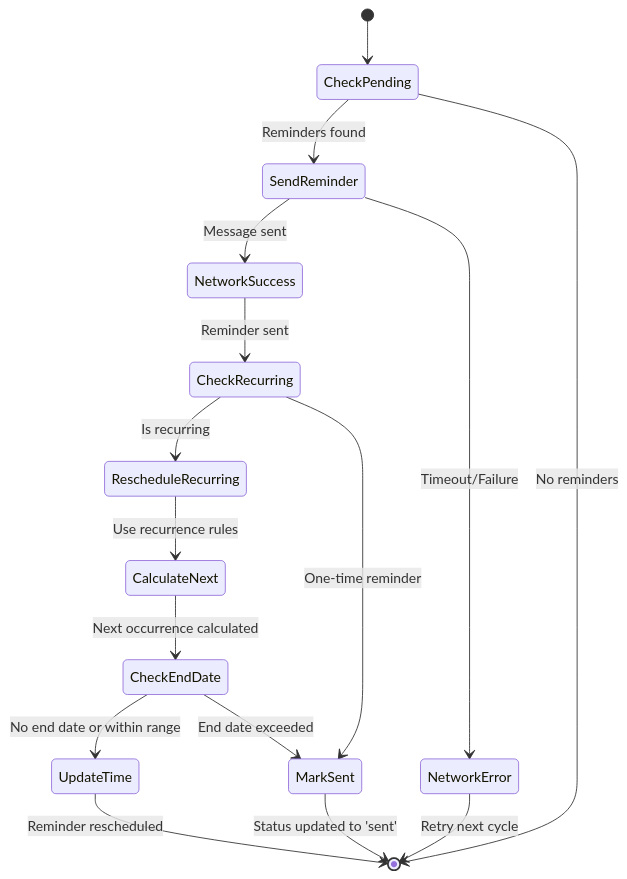
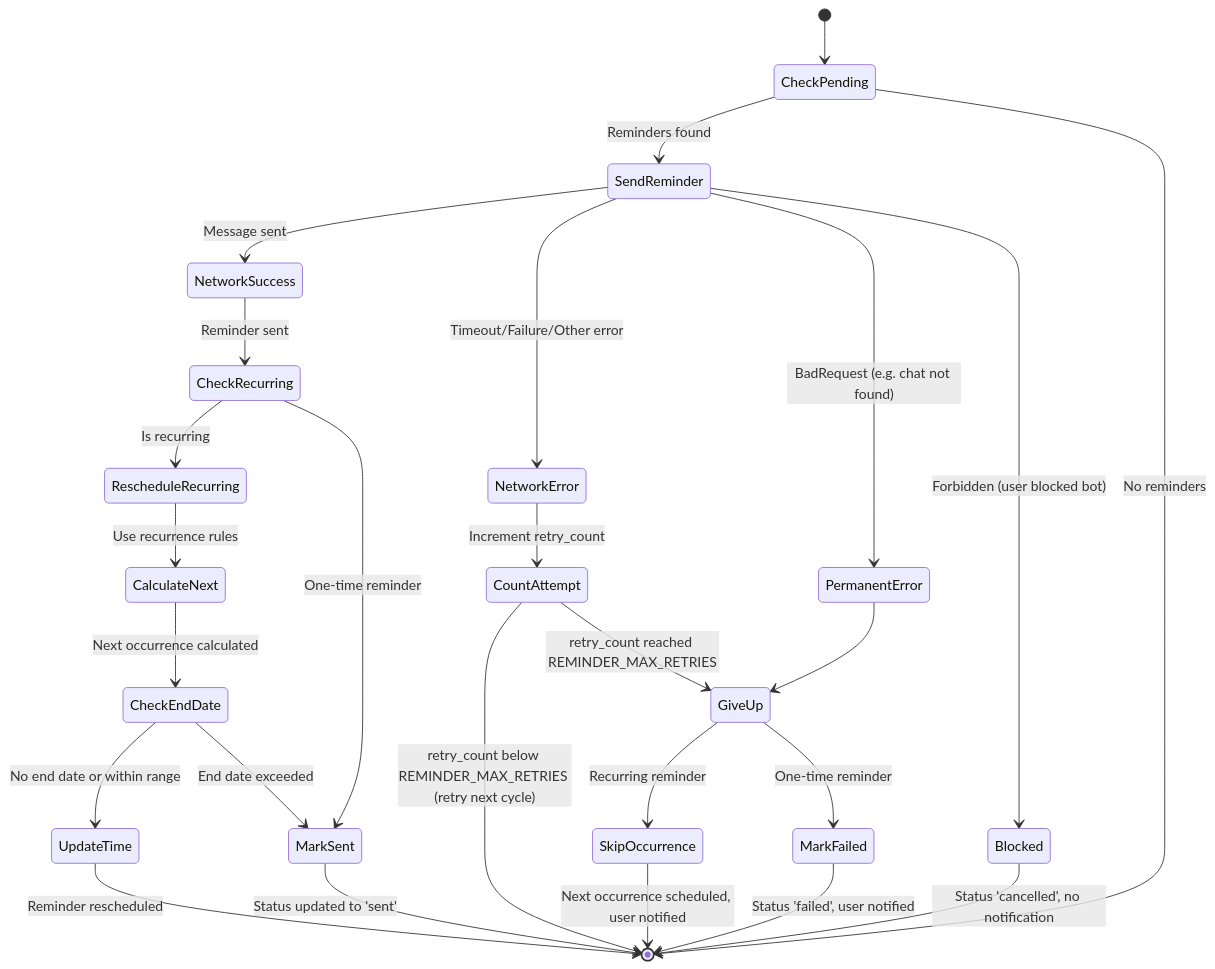
Before and after one commit to cukovicmilos/Kosmos: the seventh of 13 diagrams in State_Machine.md, drawn with Mermaid. The commit also changed other lines of this file and 13 other files, not shown here.

First line of the commit message:
Cap reminder retries and add admin alerts for Telegram outages

````diff
--- a/State_Machine.md
+++ b/State_Machine.md
@@ -243,23 +243,34 @@
 ```mermaid
 stateDiagram-v2
     [*] --> CheckPending
     CheckPending --> SendReminder: Reminders found
     CheckPending --> [*]: No reminders
 
     SendReminder --> NetworkSuccess: Message sent
-    SendReminder --> NetworkError: Timeout/Failure
+    SendReminder --> NetworkError: Timeout/Failure/Other error
+    SendReminder --> PermanentError: BadRequest (e.g. chat not found)
+    SendReminder --> Blocked: Forbidden (user blocked bot)
 
     NetworkSuccess --> CheckRecurring: Reminder sent
-    NetworkError --> [*]: Retry next cycle
+    NetworkError --> CountAttempt: Increment retry_count
+    CountAttempt --> [*]: retry_count below REMINDER_MAX_RETRIES (retry next cycle)
+    CountAttempt --> GiveUp: retry_count reached REMINDER_MAX_RETRIES
+    PermanentError --> GiveUp
+    Blocked --> [*]: Status 'cancelled', no notification
+
+    GiveUp --> SkipOccurrence: Recurring reminder
+    GiveUp --> MarkFailed: One-time reminder
+    SkipOccurrence --> [*]: Next occurrence scheduled, user notified
+    MarkFailed --> [*]: Status 'failed', user notified
 
     CheckRecurring --> RescheduleRecurring: Is recurring
     CheckRecurring --> MarkSent: One-time reminder
 
     RescheduleRecurring --> CalculateNext: Use recurrence rules
     CalculateNext --> CheckEndDate: Next occurrence calculated
     CheckEndDate --> UpdateTime: No end date or within range
     CheckEndDate --> MarkSent: End date exceeded
     UpdateTime --> [*]: Reminder rescheduled
 
     MarkSent --> [*]: Status updated to 'sent'
 ```
````
